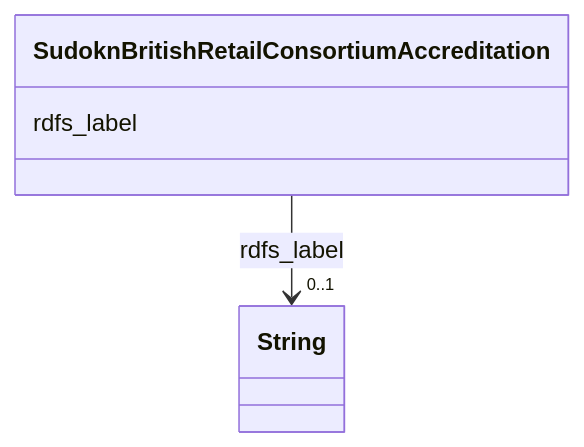
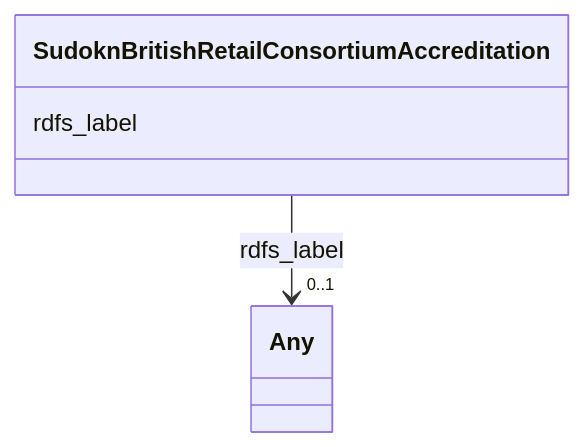
Before and after one commit to frink-okn/graph-descriptions: the diagram in sudokn-kg/classes/SudoknBritishRetailConsortiumAccreditation.md, drawn with Mermaid. The commit also changed other lines of this file and 903 other files, not shown here.

````diff
--- a/sudokn-kg/classes/SudoknBritishRetailConsortiumAccreditation.md
+++ b/sudokn-kg/classes/SudoknBritishRetailConsortiumAccreditation.md
@@ -23,15 +18,15 @@
 ```mermaid
  classDiagram
     class SudoknBritishRetailConsortiumAccreditation
     click SudoknBritishRetailConsortiumAccreditation href "../SudoknBritishRetailConsortiumAccreditation"
       SudoknBritishRetailConsortiumAccreditation : rdfs_label
         
           
     
     
-    SudoknBritishRetailConsortiumAccreditation --> "0..1" String : rdfs_label
-    click String href "../String"
+    SudoknBritishRetailConsortiumAccreditation --> "0..1" Any : rdfs_label
+    click Any href "../Any"
 
         
       
 ```
````
